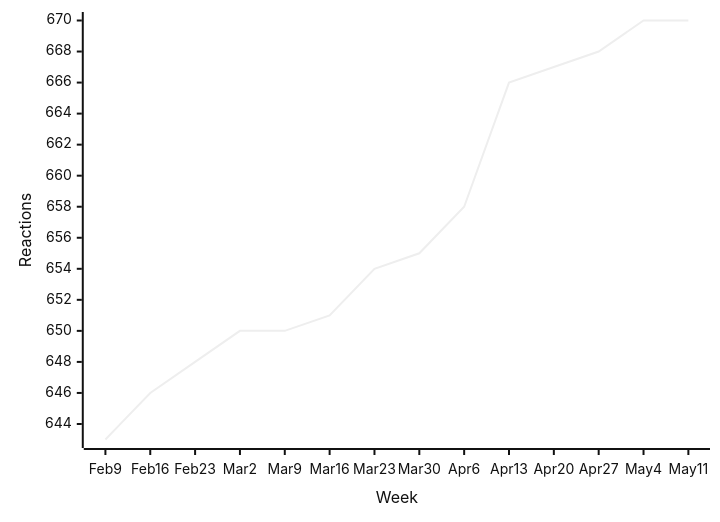
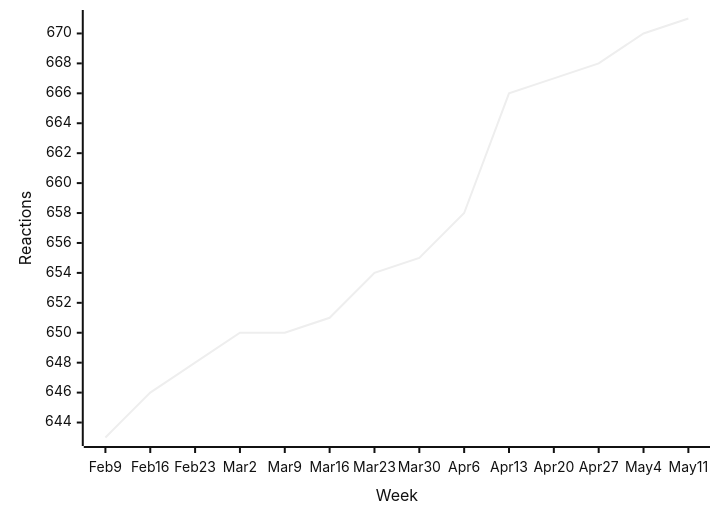
One commit to loic-sharma/github-insights changed the fourth of 59 diagrams in README.md. Above: the diagram before and after it, drawn with Mermaid (neutral theme). The commit also changed other lines of this file and 1 other file, not shown here.

````diff
--- a/README.md
+++ b/README.md
@@ -390,6 +390,6 @@
   ```mermaid
   xychart-beta
     x-axis "Week" [Feb 9, Feb 16, Feb 23, Mar 2, Mar 9, Mar 16, Mar 23, Mar 30, Apr 6, Apr 13, Apr 20, Apr 27, May 4, May 11]
     y-axis "Reactions"
-    line [643, 646, 648, 650, 650, 651, 654, 655, 658, 666, 667, 668, 670, 670]
+    line [643, 646, 648, 650, 650, 651, 654, 655, 658, 666, 667, 668, 670, 671]
   ```
````
